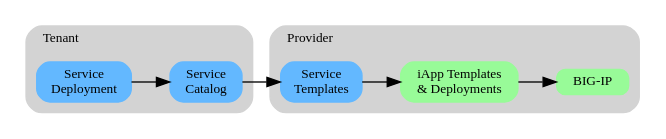
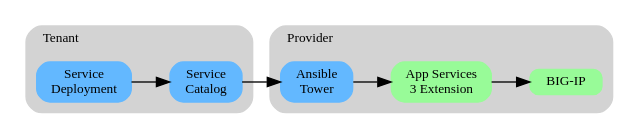
One commit to f5devcentral/f5-automation-labs changed the diagram in docs/class1/module3/module3.rst. Above: the diagram before and after it, drawn with Graphviz. The commit also changed other lines of this file and 224 other files, not shown here.

```diff
--- a/docs/class1/module3/module3.rst
+++ b/docs/class1/module3/module3.rst
@@ -4,27 +4,27 @@
 .. graphviz::
 
    digraph breadcrumb {
       rankdir="LR"
       ranksep=.4
       node [fontsize=10,style="rounded,filled",shape=box,color=gray72,margin="0.05,0.05",height=0.1]
       fontsize = 10
       labeljust="l"
       subgraph cluster_provider {
          style = "rounded,filled"
          color = lightgrey
          height = .75
          label = "Provider"
          bigip [label="BIG-IP",color="palegreen"]
-         iapps [label="iApp Templates&#92;n& Deployments",color="palegreen"]
-         iwf_templates [label="Service&#92;nTemplates",color="steelblue1"]
+         AS3 [label="App Services&#92;n3 Extension",color="palegreen"]
+         Ansible_Tower [label="Ansible&#92;nTower",color="steelblue1"]
       }
       subgraph cluster_tenant {
          style = "rounded,filled"
          color = lightgrey
          height = .75
          label = "Tenant"
-         iwf_catalog [label="Service&#92;nCatalog",color="steelblue1"]
-         iwf_deploy [label="Service&#92;nDeployment",color="steelblue1"]
+         tower_catalog [label="Service&#92;nCatalog",color="steelblue1"]
+         tower_deploy [label="Service&#92;nDeployment",color="steelblue1"]
       }
-      iwf_deploy -> iwf_catalog -> iwf_templates -> iapps -> bigip
+      tower_deploy -> tower_catalog -> Ansible_Tower -> AS3 -> bigip
    }
```
